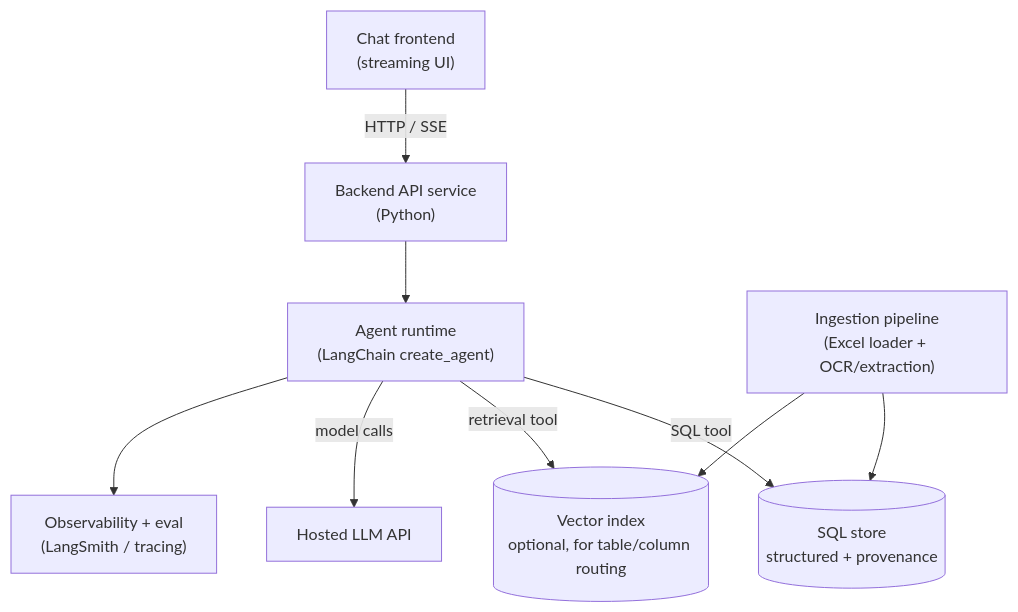
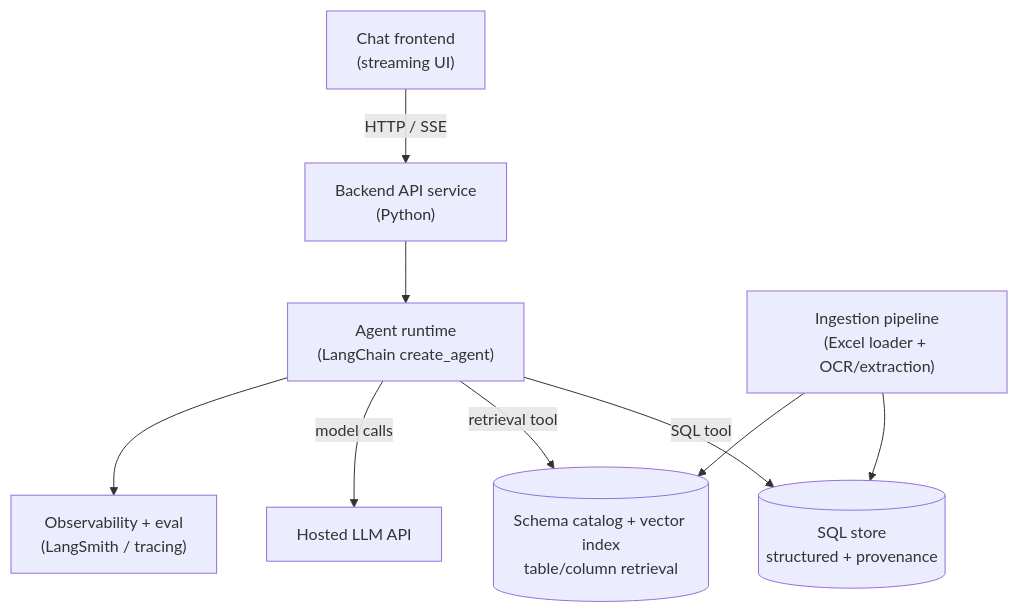
The second of 5 diagrams in docs/TDD.md (mahdiansarisadr/AccountingResearcher), drawn with Mermaid before and after one commit. The commit also changed other lines of this file, not shown here.

Commit message:
TDD: integrate schema retrieval / table selection across architecture, agent, data, NFR, eval, ADRs, and rollout

````diff
--- a/docs/TDD.md
+++ b/docs/TDD.md
@@ -57,20 +57,20 @@
 ```mermaid
 flowchart TB
     ui["Chat frontend<br/>(streaming UI)"]
     api["Backend API service<br/>(Python)"]
     agent["Agent runtime<br/>(LangChain create_agent)"]
     sql[("SQL store<br/>structured + provenance")]
-    vec[("Vector index<br/>optional, for table/column routing")]
+    vec[("Schema catalog + vector index<br/>table/column retrieval")]
     ingest["Ingestion pipeline<br/>(Excel loader + OCR/extraction)"]
     obs["Observability + eval<br/>(LangSmith / tracing)"]
     llm["Hosted LLM API"]
 
     ui -->|HTTP / SSE| api
     api --> agent
     agent -->|SQL tool| sql
     agent -->|retrieval tool| vec
     agent -->|model calls| llm
     ingest --> sql
     ingest --> vec
     agent --> obs
 ```
````
